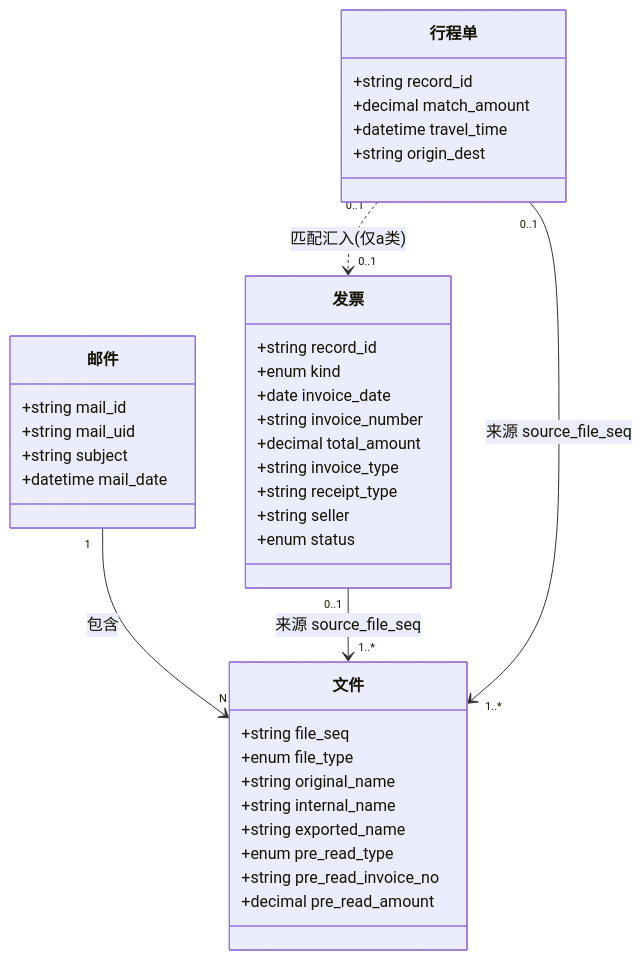
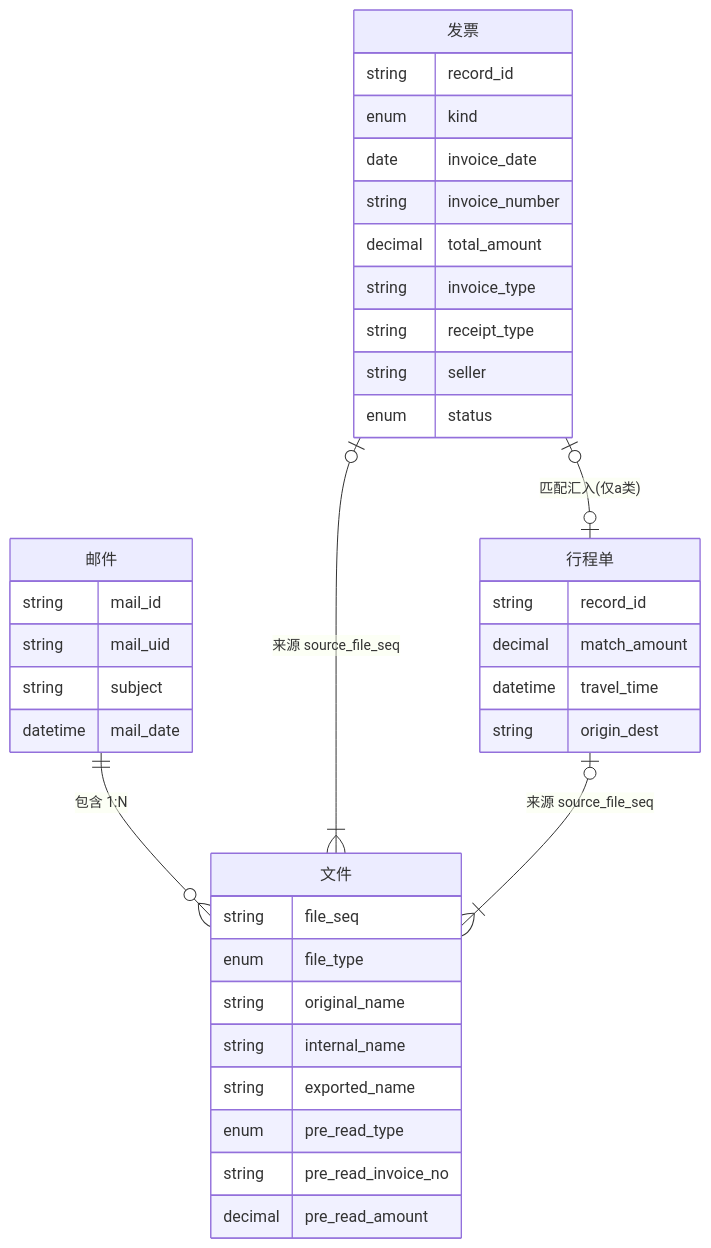
Before and after one commit to MUKE-git/Fapiao_Task: the second of 3 diagrams in 01 docs/01 project/重构方案.md, drawn with Mermaid. The commit also changed other lines of this file and 3 other files, not shown here.

````diff
--- a/01 docs/01 project/重构方案.md
+++ b/01 docs/01 project/重构方案.md
@@ -149,44 +153,44 @@
 ```mermaid
 %% 合并后的业务记录与来源文件关系；一条业务记录可关联多份来源文件。
 %% 不表示单文件处理器的临时候选；未形成业务记录的文件也可独立登记。
 %% 发票类型可空；票面类型缺失时分类暂空并人工待核。金额 Decimal 最多四位，JSON 十进制字符串。
-classDiagram
-    邮件 "1" --> "N" 文件 : 包含
-    发票 "0..1" --> "1..*" 文件 : 来源 source_file_seq
-    行程单 "0..1" --> "1..*" 文件 : 来源 source_file_seq
-    行程单 "0..1" ..> "0..1" 发票 : 匹配汇入(仅a类)
+erDiagram
+    邮件 ||--o{ 文件 : "包含 1:N"
+    发票 |o--|{ 文件 : "来源 source_file_seq"
+    行程单 |o--|{ 文件 : "来源 source_file_seq"
+    发票 |o--o| 行程单 : "匹配汇入(仅a类)"
 
-    class 邮件 {
-        +string mail_id
-        +string mail_uid
-        +string subject
-        +datetime mail_date
+    邮件 {
+        string mail_id
+        string mail_uid
+        string subject
+        datetime mail_date
     }
-    class 文件 {
-        +string file_seq
-        +enum file_type
-        +string original_name
-        +string internal_name
-        +string exported_name
-        +enum pre_read_type
-        +string pre_read_invoice_no
-        +decimal pre_read_amount
+    文件 {
+        string file_seq
+        enum file_type
+        string original_name
+        string internal_name
+        string exported_name
+        enum pre_read_type
+        string pre_read_invoice_no
+        decimal pre_read_amount
     }
-    class 发票 {
-        +string record_id
-        +enum kind
-        +date invoice_date
-        +string invoice_number
-        +decimal total_amount
-        +string invoice_type
-        +string receipt_type
-        +string seller
-        +enum status
+    发票 {
+        string record_id
+        enum kind
+        date invoice_date
+        string invoice_number
+        decimal total_amount
+        string invoice_type
+        string receipt_type
+        string seller
+        enum status
     }
-    class 行程单 {
-        +string record_id
-        +decimal match_amount
-        +datetime travel_time
-        +string origin_dest
+    行程单 {
+        string record_id
+        decimal match_amount
+        datetime travel_time
+        string origin_dest
     }
 ```
````
